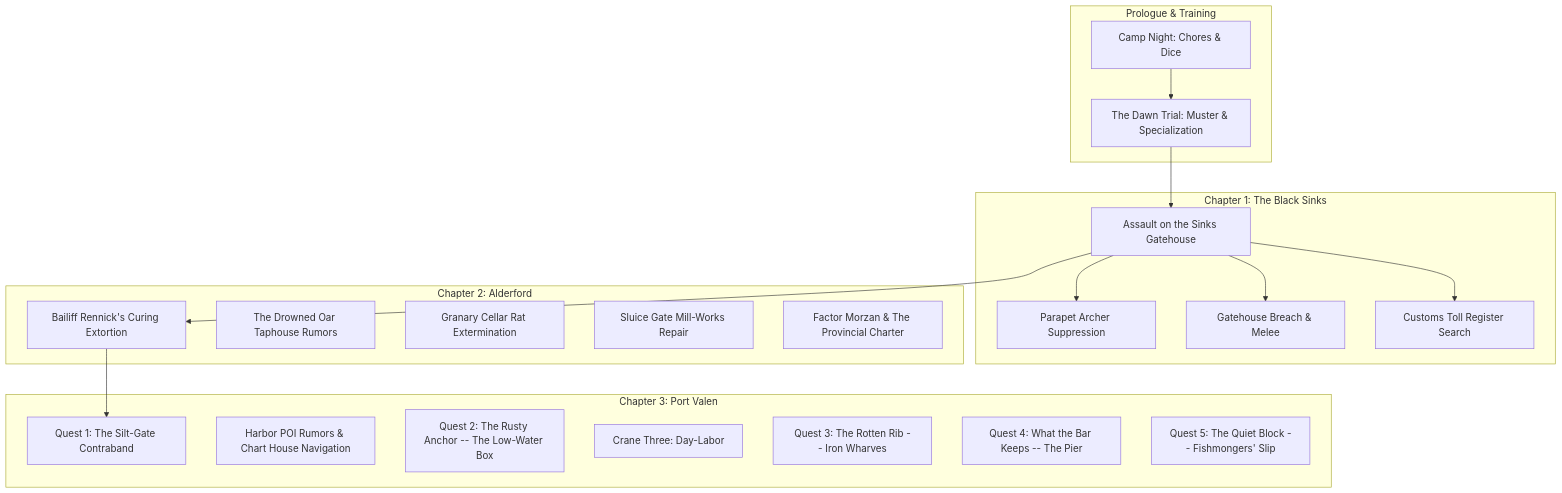
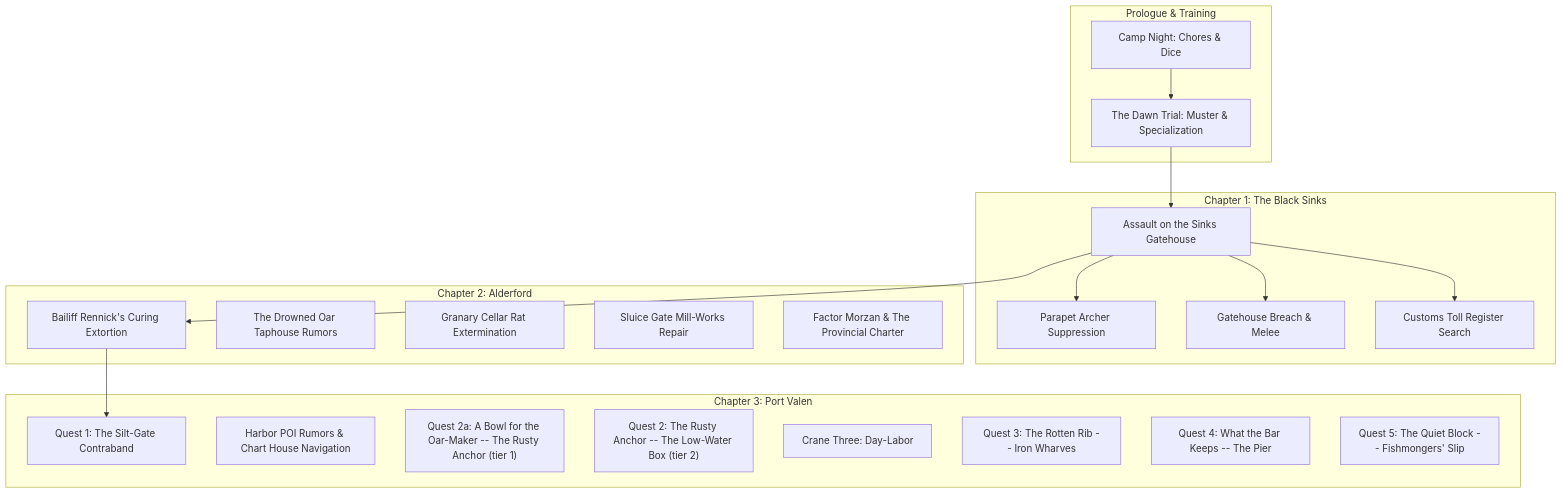
The diagram in quest/QUESTS.md (Kingskunk/A-Mercenaries-Life), drawn with Mermaid before and after one commit. The commit also changed other lines of this file and 29 other files, not shown here.

````diff
--- a/quest/QUESTS.md
+++ b/quest/QUESTS.md
@@ -25,35 +25,36 @@
 ```mermaid
 graph TD
     subgraph Prologue & Training
         Q0["Camp Night: Chores & Dice"] --> Q1["The Dawn Trial: Muster & Specialization"]
     end
 
     subgraph Chapter 1: The Black Sinks
         Q2["Assault on the Sinks Gatehouse"]
         Q2 --> Q2A["Parapet Archer Suppression"]
         Q2 --> Q2B["Gatehouse Breach & Melee"]
         Q2 --> Q2C["Customs Toll Register Search"]
     end
 
     subgraph Chapter 2: Alderford
         Q3["Bailiff Rennick's Curing Extortion"]
         Q4["The Drowned Oar Taphouse Rumors"]
         Q5["Granary Cellar Rat Extermination"]
         Q6["Sluice Gate Mill-Works Repair"]
         Q7["Factor Morzan & The Provincial Charter"]
     end
 
     subgraph Chapter 3: Port Valen
         Q8["Quest 1: The Silt-Gate Contraband"]
         Q9["Harbor POI Rumors & Chart House Navigation"]
-        Q10["Quest 2: The Rusty Anchor -- The Low-Water Box"]
+        Q10a["Quest 2a: A Bowl for the Oar-Maker -- The Rusty Anchor (tier 1)"]
+        Q10["Quest 2: The Rusty Anchor -- The Low-Water Box (tier 2)"]
         Q11["Crane Three: Day-Labor"]
         Q12["Quest 3: The Rotten Rib -- Iron Wharves"]
         Q13["Quest 4: What the Bar Keeps -- The Pier"]
         Q14["Quest 5: The Quiet Block -- Fishmongers' Slip"]
     end
 
     Q1 --> Q2
     Q2 --> Q3
     Q3 --> Q8
 ```
````
